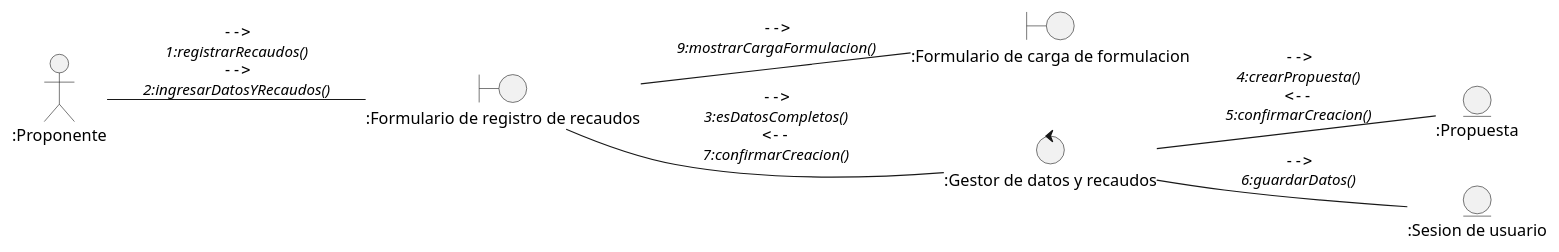
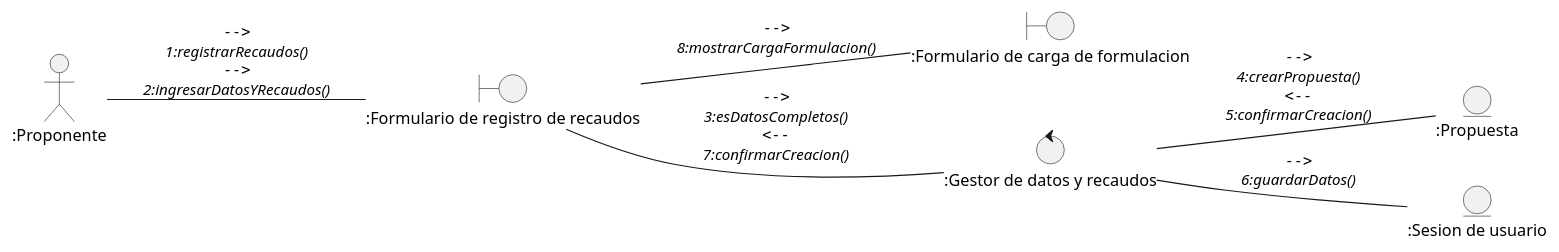
Before and after one commit to Samantha-Ramirez/ProyectoEquipo7ING: the diagram in docs/scenariosView/DisciplinaDeAnalisisDiagramaDeColaboracionRegistrarRecaudos.plantuml, drawn with PlantUML. The commit also changed 11 other files, not shown here.

```diff
--- a/docs/scenariosView/DisciplinaDeAnalisisDiagramaDeColaboracionRegistrarRecaudos.plantuml
+++ b/docs/scenariosView/DisciplinaDeAnalisisDiagramaDeColaboracionRegistrarRecaudos.plantuml
@@ -1,20 +1,20 @@
 @startuml DisciplinaDeAnalisisDiagramaDeColaboracionRegistrarRecaudos
 left to right direction
 
 actor ":Proponente" as actorProponente
 
 entity ":Propuesta" as entidadPropuesta
 entity ":Sesion de usuario" as entidadSesionUsuario
 
 boundary ":Formulario de registro de recaudos" as vistaDeRegistrarRecaudos
 boundary ":Formulario de carga de formulacion" as vistaDeFormulacion
 
 control ":Gestor de datos y recaudos" as ctrlGestorRecaudos
 
 actorProponente -- vistaDeRegistrarRecaudos : ""-->""\n//1:registrarRecaudos()//\n""-->""\n//2:ingresarDatosYRecaudos()//
 vistaDeRegistrarRecaudos -- ctrlGestorRecaudos : ""-->""\n//3:esDatosCompletos()//\n""<--""\n//7:confirmarCreacion()//
 ctrlGestorRecaudos -- entidadPropuesta : ""-->""\n//4:crearPropuesta()//\n""<--""\n//5:confirmarCreacion()//
 ctrlGestorRecaudos -- entidadSesionUsuario : ""-->""\n//6:guardarDatos()//
-vistaDeRegistrarRecaudos -- vistaDeFormulacion : ""-->""\n//9:mostrarCargaFormulacion()//
+vistaDeRegistrarRecaudos -- vistaDeFormulacion : ""-->""\n//8:mostrarCargaFormulacion()//
 
 @enduml
```
